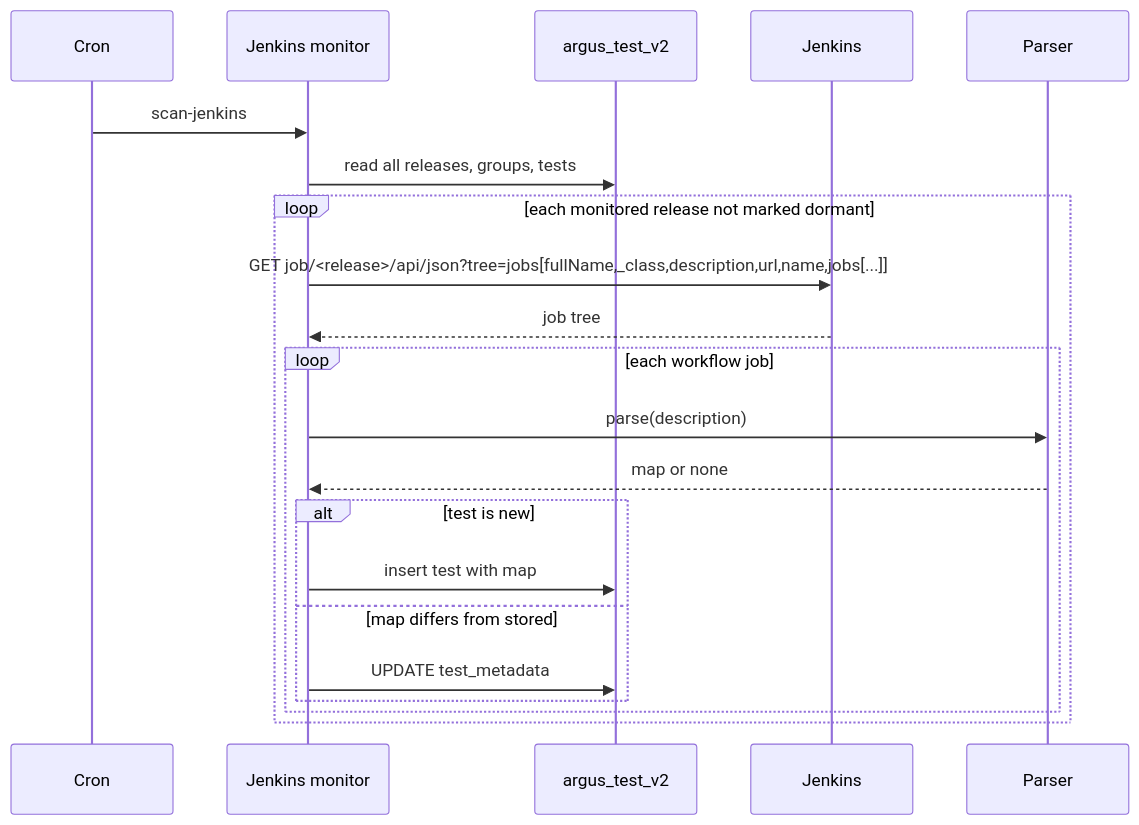
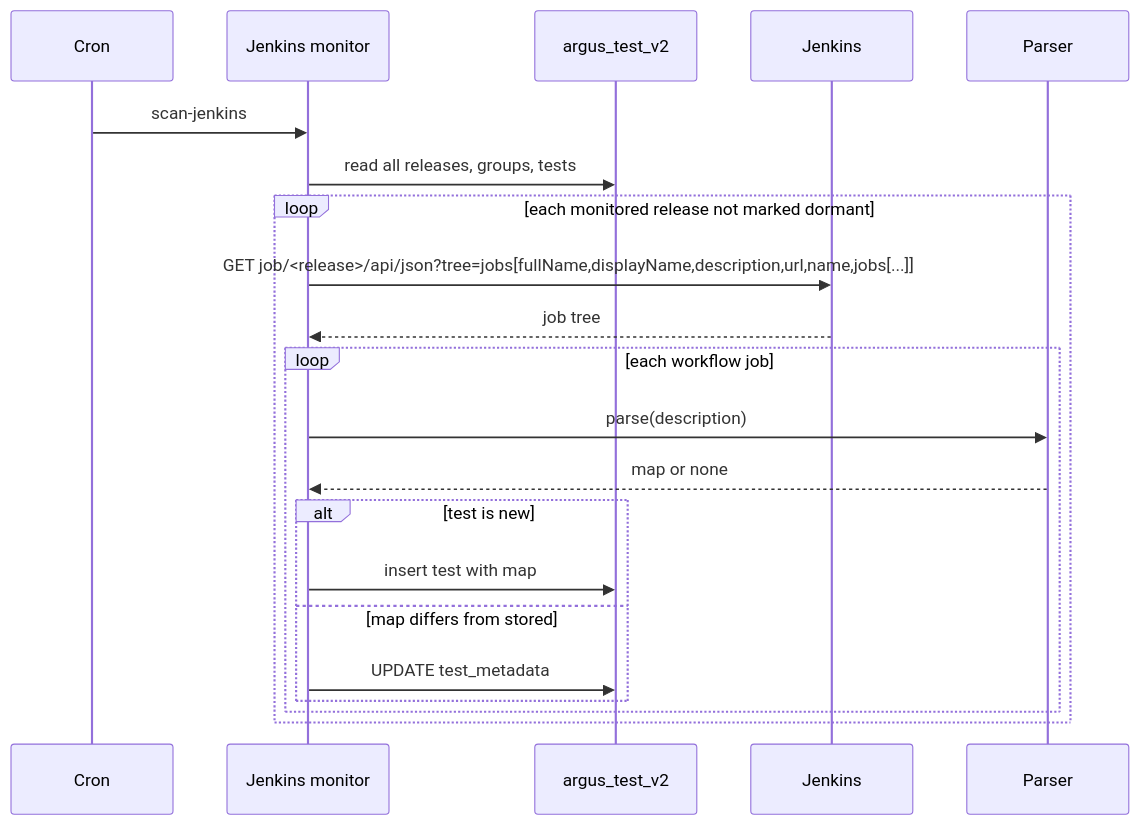
The diagram in tasks/ARGUS-185/spec.md (scylladb/argus), drawn with Mermaid before and after one commit. The commit also changed other lines of this file and 3 other files, not shown here.

````diff
--- a/tasks/ARGUS-185/spec.md
+++ b/tasks/ARGUS-185/spec.md
@@ -59,24 +59,24 @@
 ```mermaid
 sequenceDiagram
     participant Cron
     participant Monitor as Jenkins monitor
     participant DB as argus_test_v2
     participant Jenkins
     participant Parser
 
     Cron->>Monitor: scan-jenkins
     Monitor->>DB: read all releases, groups, tests
     loop each monitored release not marked dormant
-        Monitor->>Jenkins: GET job/<release>/api/json?tree=jobs[fullName,_class,description,url,name,jobs[...]]
+        Monitor->>Jenkins: GET job/<release>/api/json?tree=jobs[fullName,displayName,description,url,name,jobs[...]]
         Jenkins-->>Monitor: job tree
         loop each workflow job
             Monitor->>Parser: parse(description)
             Parser-->>Monitor: map or none
             alt test is new
                 Monitor->>DB: insert test with map
             else map differs from stored
                 Monitor->>DB: UPDATE test_metadata
             end
         end
     end
 ```
````
